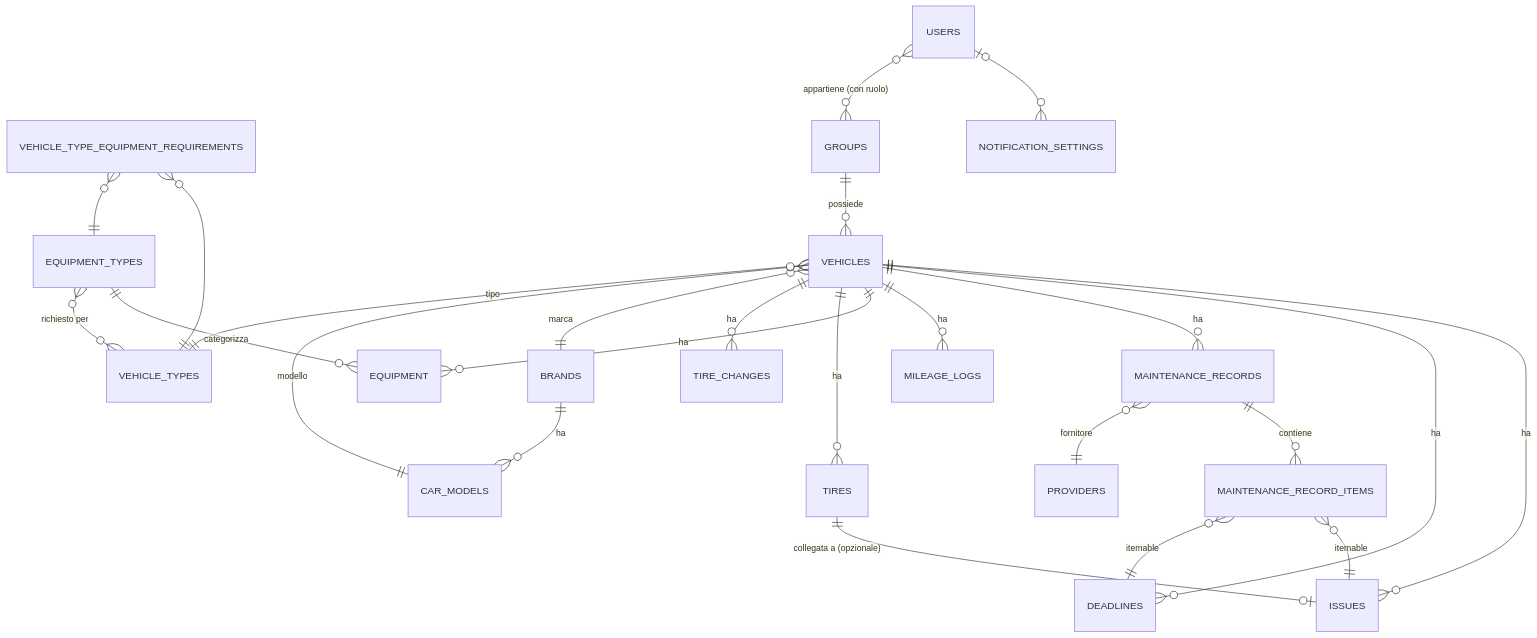
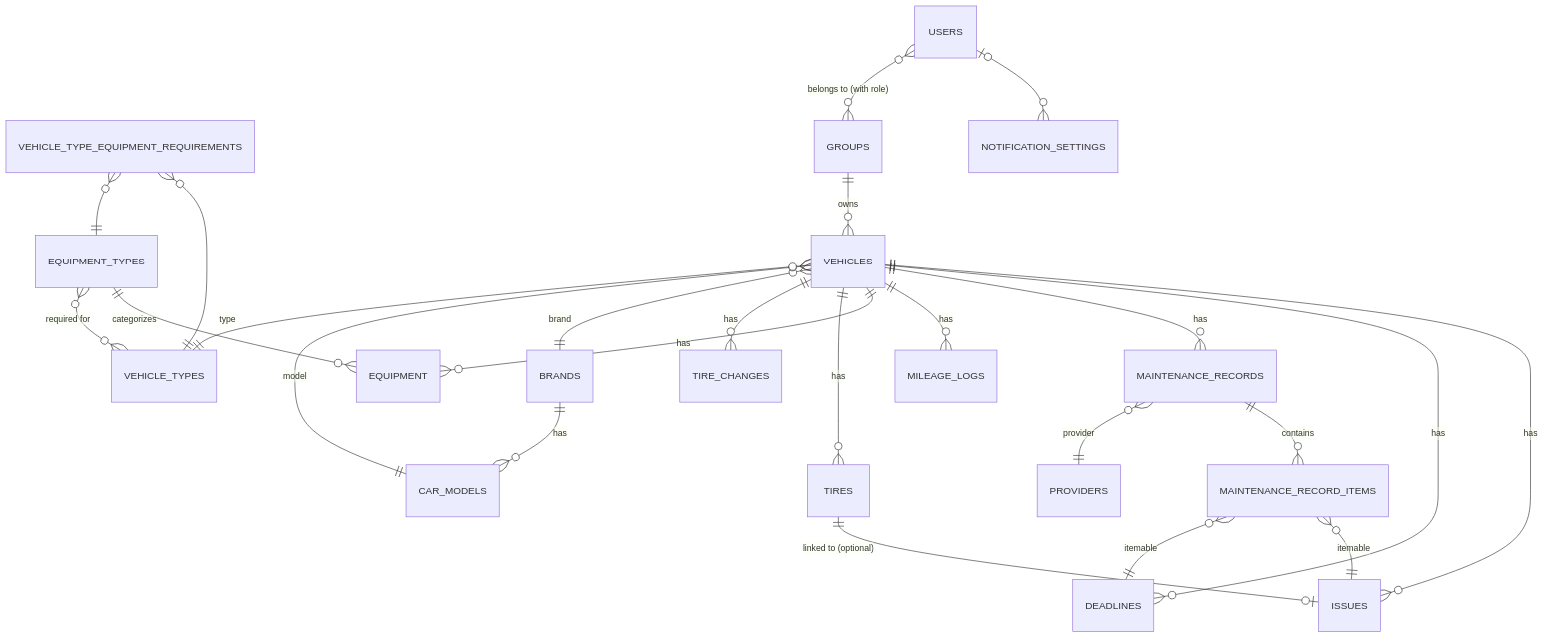
Before and after one commit to mirkobechini/CV_Backoffice: the diagram in README.md, drawn with Mermaid. The commit also changed other lines of this file and 4 other files, not shown here.

````diff
--- a/README.md
+++ b/README.md
@@ -156,34 +156,34 @@
 ```mermaid
 erDiagram
-    %% Veicoli e anagrafica
-    VEHICLES ||--o{ ISSUES : "ha"
-    VEHICLES ||--o{ DEADLINES : "ha"
-    VEHICLES ||--o{ MAINTENANCE_RECORDS : "ha"
-    VEHICLES ||--o{ MILEAGE_LOGS : "ha"
-    VEHICLES ||--o{ EQUIPMENT : "ha"
-    VEHICLES ||--o{ TIRES : "ha"
-    VEHICLES ||--o{ TIRE_CHANGES : "ha"
-    TIRES ||--o| ISSUES : "collegata a (opzionale)"
-    VEHICLES }o--|| BRANDS : "marca"
-    VEHICLES }o--|| CAR_MODELS : "modello"
-    VEHICLES }o--|| VEHICLE_TYPES : "tipo"
+    %% Vehicles and records
+    VEHICLES ||--o{ ISSUES : "has"
+    VEHICLES ||--o{ DEADLINES : "has"
+    VEHICLES ||--o{ MAINTENANCE_RECORDS : "has"
+    VEHICLES ||--o{ MILEAGE_LOGS : "has"
+    VEHICLES ||--o{ EQUIPMENT : "has"
+    VEHICLES ||--o{ TIRES : "has"
+    VEHICLES ||--o{ TIRE_CHANGES : "has"
+    TIRES ||--o| ISSUES : "linked to (optional)"
+    VEHICLES }o--|| BRANDS : "brand"
+    VEHICLES }o--|| CAR_MODELS : "model"
+    VEHICLES }o--|| VEHICLE_TYPES : "type"
 
-    BRANDS ||--o{ CAR_MODELS : "ha"
+    BRANDS ||--o{ CAR_MODELS : "has"
 
-    EQUIPMENT_TYPES ||--o{ EQUIPMENT : "categorizza"
-    EQUIPMENT_TYPES }o--o{ VEHICLE_TYPES : "richiesto per"
+    EQUIPMENT_TYPES ||--o{ EQUIPMENT : "categorizes"
+    EQUIPMENT_TYPES }o--o{ VEHICLE_TYPES : "required for"
 
     VEHICLE_TYPE_EQUIPMENT_REQUIREMENTS }o--|| VEHICLE_TYPES : ""
     VEHICLE_TYPE_EQUIPMENT_REQUIREMENTS }o--|| EQUIPMENT_TYPES : ""
 
-    %% Manutenzione polimorfica
-    MAINTENANCE_RECORDS ||--o{ MAINTENANCE_RECORD_ITEMS : "contiene"
+    %% Polymorphic maintenance
+    MAINTENANCE_RECORDS ||--o{ MAINTENANCE_RECORD_ITEMS : "contains"
     MAINTENANCE_RECORD_ITEMS }o--|| ISSUES : "itemable"
     MAINTENANCE_RECORD_ITEMS }o--|| DEADLINES : "itemable"
-    MAINTENANCE_RECORDS }o--|| PROVIDERS : "fornitore"
+    MAINTENANCE_RECORDS }o--|| PROVIDERS : "provider"
 
-    %% Utenti e configurazione
+    %% Users and configuration
     USERS |o--o{ NOTIFICATION_SETTINGS : ""
-    USERS }o--o{ GROUPS : "appartiene (con ruolo)"
-    GROUPS ||--o{ VEHICLES : "possiede"
+    USERS }o--o{ GROUPS : "belongs to (with role)"
+    GROUPS ||--o{ VEHICLES : "owns"
 ```
````
